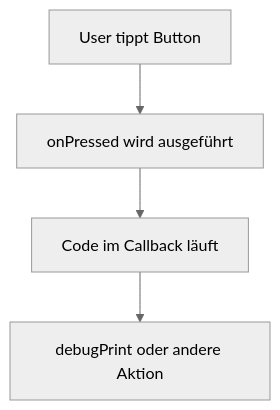
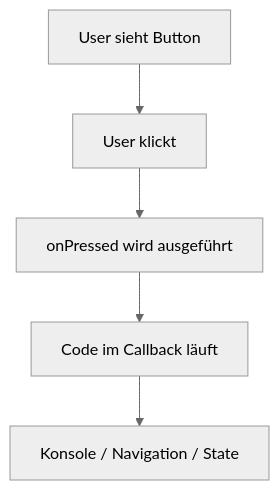
The diagram in 05-buttons-und-clicks/VISUAL.md (Real-Dau/Flutter-lernen), drawn with Mermaid (neutral theme) before and after one commit. The commit also changed other lines of this file and 12 other files, not shown here.

````diff
--- a/05-buttons-und-clicks/VISUAL.md
+++ b/05-buttons-und-clicks/VISUAL.md
@@ -5,6 +22,7 @@
 ```mermaid
 flowchart TD
-    A[User tippt Button] --> B[onPressed wird ausgeführt]
-    B --> C[Code im Callback läuft]
-    C --> D[debugPrint oder andere Aktion]
+    A[User sieht Button] --> B[User klickt]
+    B --> C[onPressed wird ausgeführt]
+    C --> D[Code im Callback läuft]
+    D --> E[Konsole / Navigation / State]
 ```
````
